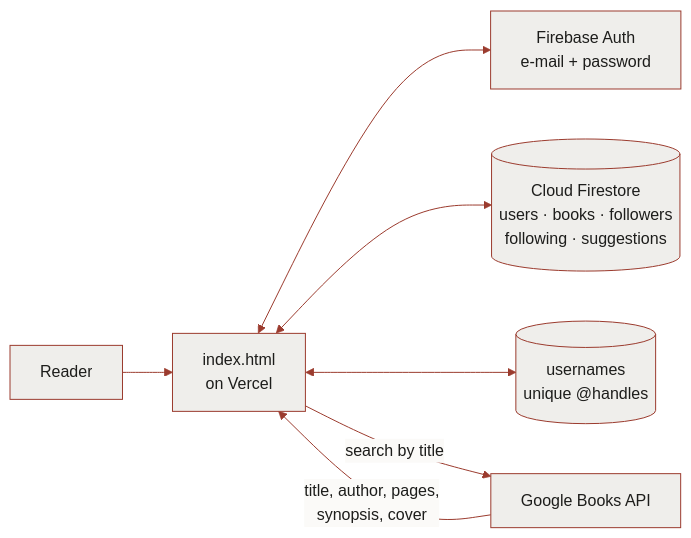
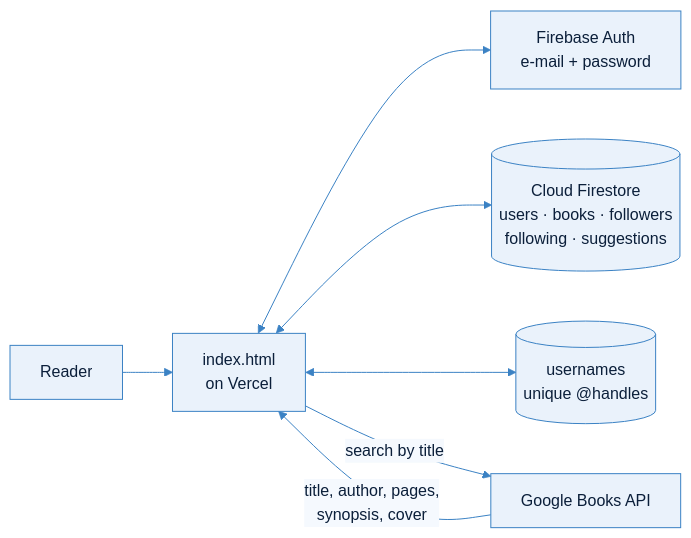
Before and after one commit to amandapasqualotto/minhabiblioteca: the first of 2 diagrams in README.md, drawn with Mermaid. The commit also changed other lines of this file, not shown here.

````diff
--- a/README.md
+++ b/README.md
@@ -150,10 +150,10 @@
 ```mermaid
-%%{init: {'theme':'base','themeVariables':{'primaryColor':'#EFEEEB','primaryBorderColor':'#9B3B2E','primaryTextColor':'#1D1D1B','lineColor':'#9B3B2E','edgeLabelBackground':'#FBFAF8','fontFamily':'Fira Code'}}}%%
+%%{init: {'theme':'base','themeVariables':{'primaryColor':'#EAF2FB','primaryBorderColor':'#3B82C4','primaryTextColor':'#0B1F3A','lineColor':'#3B82C4','edgeLabelBackground':'#F5F9FE','fontFamily':'Fira Code'}}}%%
 flowchart LR
     U["Reader"] --> APP["index.html<br/>on Vercel"]
     APP <--> AUTH["Firebase Auth<br/>e-mail + password"]
     APP <--> FS[("Cloud Firestore<br/>users · books · followers<br/>following · suggestions")]
     APP <--> UN[("usernames<br/>unique @handles")]
     APP -->|"search by title"| GB["Google Books API"]
     GB -->|"title, author, pages,<br/>synopsis, cover"| APP
 ```
````
